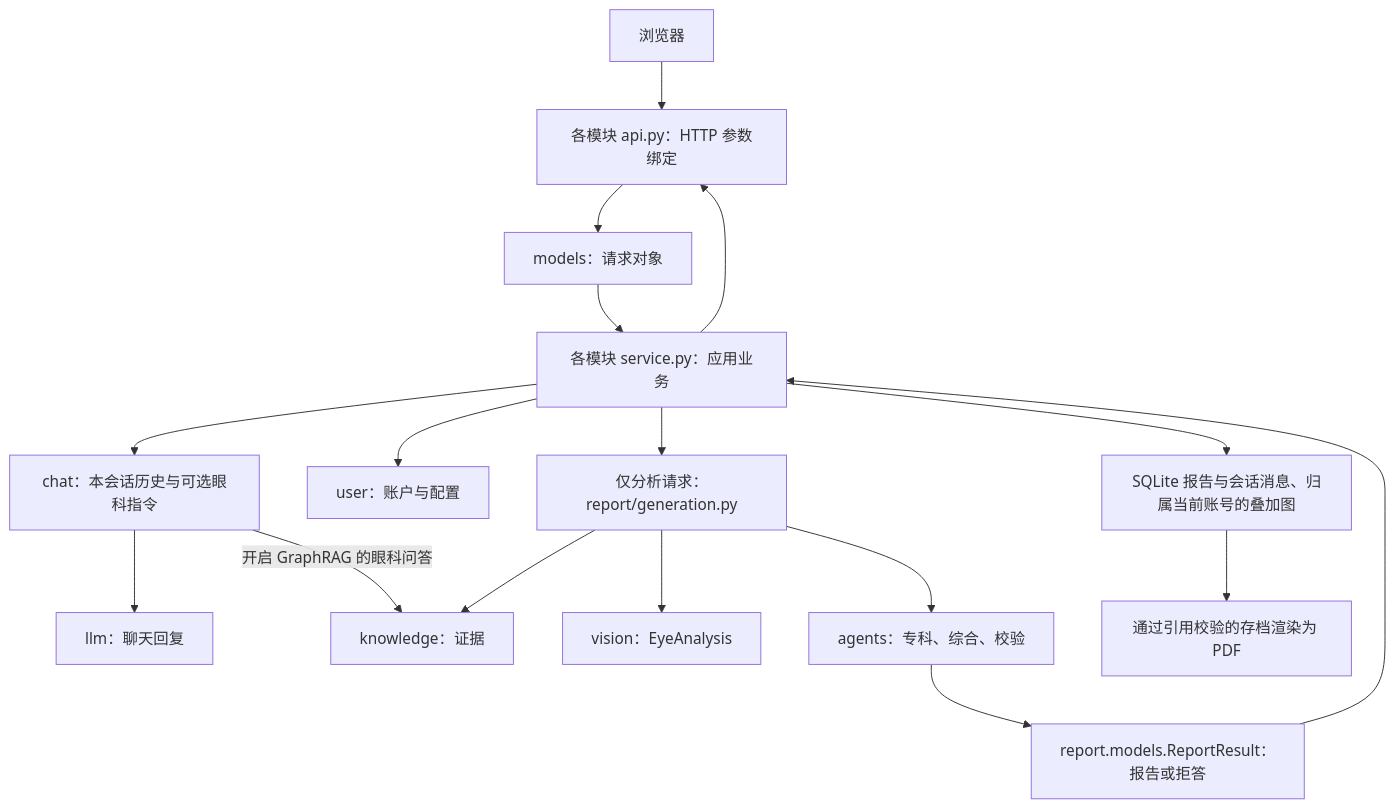
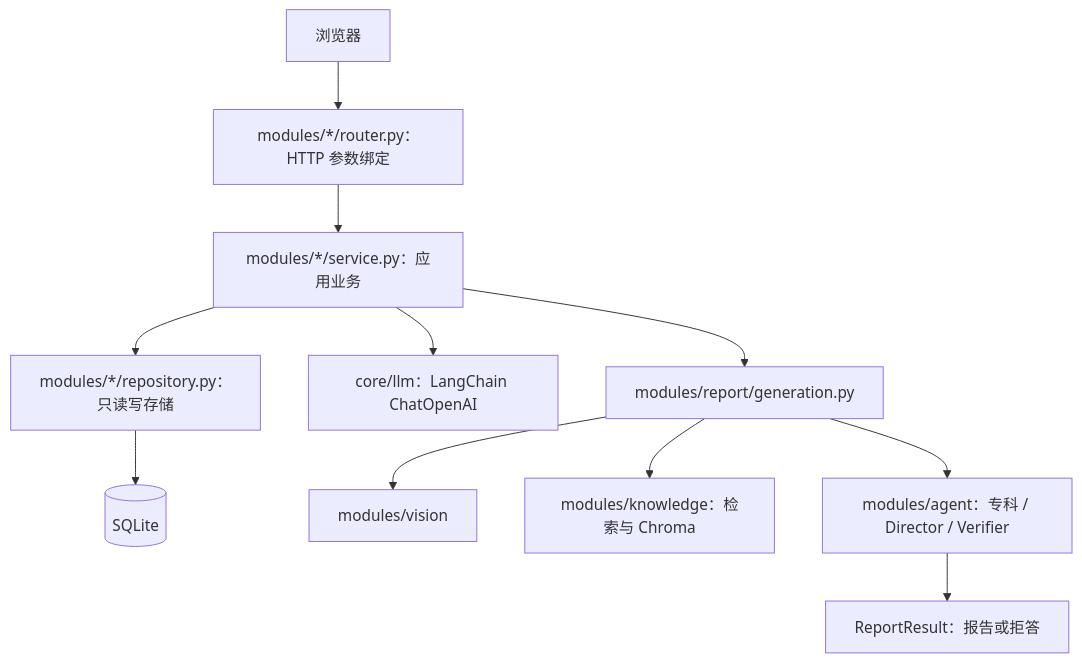
The diagram in docs/ARCHITECTURE.md (tpTwof/OcuPanel), drawn with Mermaid before and after one commit. The commit also changed other lines of this file and 194 other files, not shown here.

First line of the commit message:
refactor: 按业务功能分包重构，接入 Chroma 与 LangChain 并扩充语料

````diff
--- a/docs/ARCHITECTURE.md
+++ b/docs/ARCHITECTURE.md
@@ -36,19 +50,13 @@
 ```mermaid
 flowchart TD
-  Browser[浏览器] --> API[各模块 api.py：HTTP 参数绑定]
-  API --> Request[models：请求对象]
-  Request --> Service[各模块 service.py：应用业务]
-  Service --> Chat[chat：本会话历史与可选眼科指令]
-  Chat --> LLM[llm：聊天回复]
-  Chat -->|开启 GraphRAG 的眼科问答| Knowledge
-  Service --> Account[user：账户与配置]
-  Service --> Generation[仅分析请求：report/generation.py]
-  Generation --> Vision[vision：EyeAnalysis]
-  Generation --> Knowledge[knowledge：证据]
-  Generation --> Agents[agents：专科、综合、校验]
-  Agents --> Result[report.models.ReportResult：报告或拒答]
-  Result --> Service
-  Service --> Archive[SQLite 报告与会话消息、归属当前账号的叠加图]
-  Archive --> PDF[通过引用校验的存档渲染为 PDF]
-  Service --> API
+  Browser[浏览器] --> Router[modules/*/router.py：HTTP 参数绑定]
+  Router --> Service[modules/*/service.py：应用业务]
+  Service --> Repo[modules/*/repository.py：只读写存储]
+  Repo --> DB[(SQLite)]
+  Service --> LLM[core/llm：LangChain ChatOpenAI]
+  Service --> Report[modules/report/generation.py]
+  Report --> Vision[modules/vision]
+  Report --> Knowledge[modules/knowledge：检索与 Chroma]
+  Report --> Agent[modules/agent：专科 / Director / Verifier]
+  Agent --> Result[ReportResult：报告或拒答]
 ```
````
